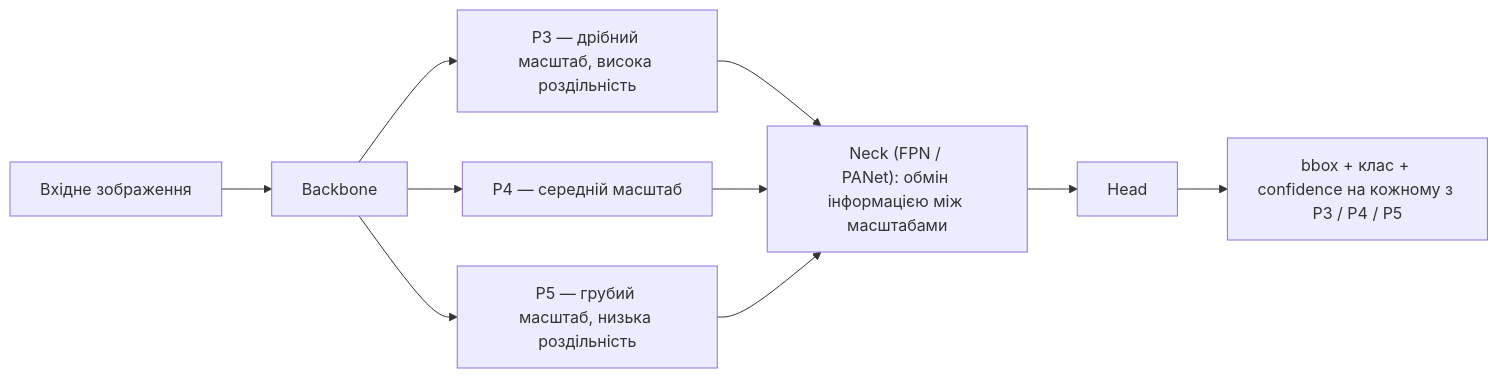
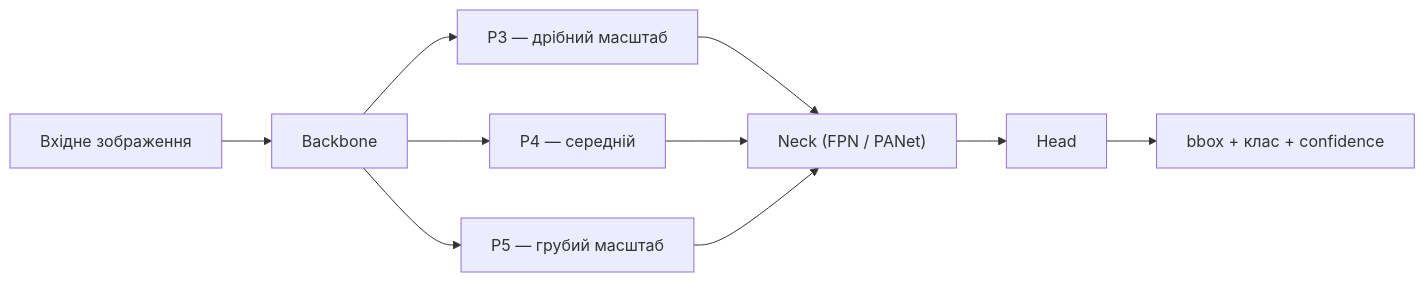
Before and after one commit to alisea-natan/aerial_vehicle_detection: the second of 5 diagrams in guides/unified_cv_ds_engineer_guide.md, drawn with Mermaid. The commit also changed other lines of this file, not shown here.

````diff
--- a/guides/unified_cv_ds_engineer_guide.md
+++ b/guides/unified_cv_ds_engineer_guide.md
@@ -185,12 +185,12 @@
 ```mermaid
 flowchart LR
     IMG["Вхідне зображення"] --> BB["Backbone"]
-    BB --> P3["P3&nbsp;— дрібний масштаб,&nbsp;висока роздільність"]
-    BB --> P4["P4&nbsp;— середній масштаб"]
-    BB --> P5["P5&nbsp;— грубий масштаб,&nbsp;низька роздільність"]
-    P3 --> NECK["Neck&nbsp;(FPN / PANet):&nbsp;обмін інформацією між масштабами"]
+    BB --> P3["P3 — дрібний масштаб"]
+    BB --> P4["P4 — середній"]
+    BB --> P5["P5 — грубий масштаб"]
+    P3 --> NECK["Neck (FPN / PANet)"]
     P4 --> NECK
     P5 --> NECK
     NECK --> HEAD["Head"]
-    HEAD --> OUT["bbox + клас + confidence&nbsp;на кожному з P3 / P4 / P5"]
+    HEAD --> OUT["bbox + клас + confidence"]
 ```
````
